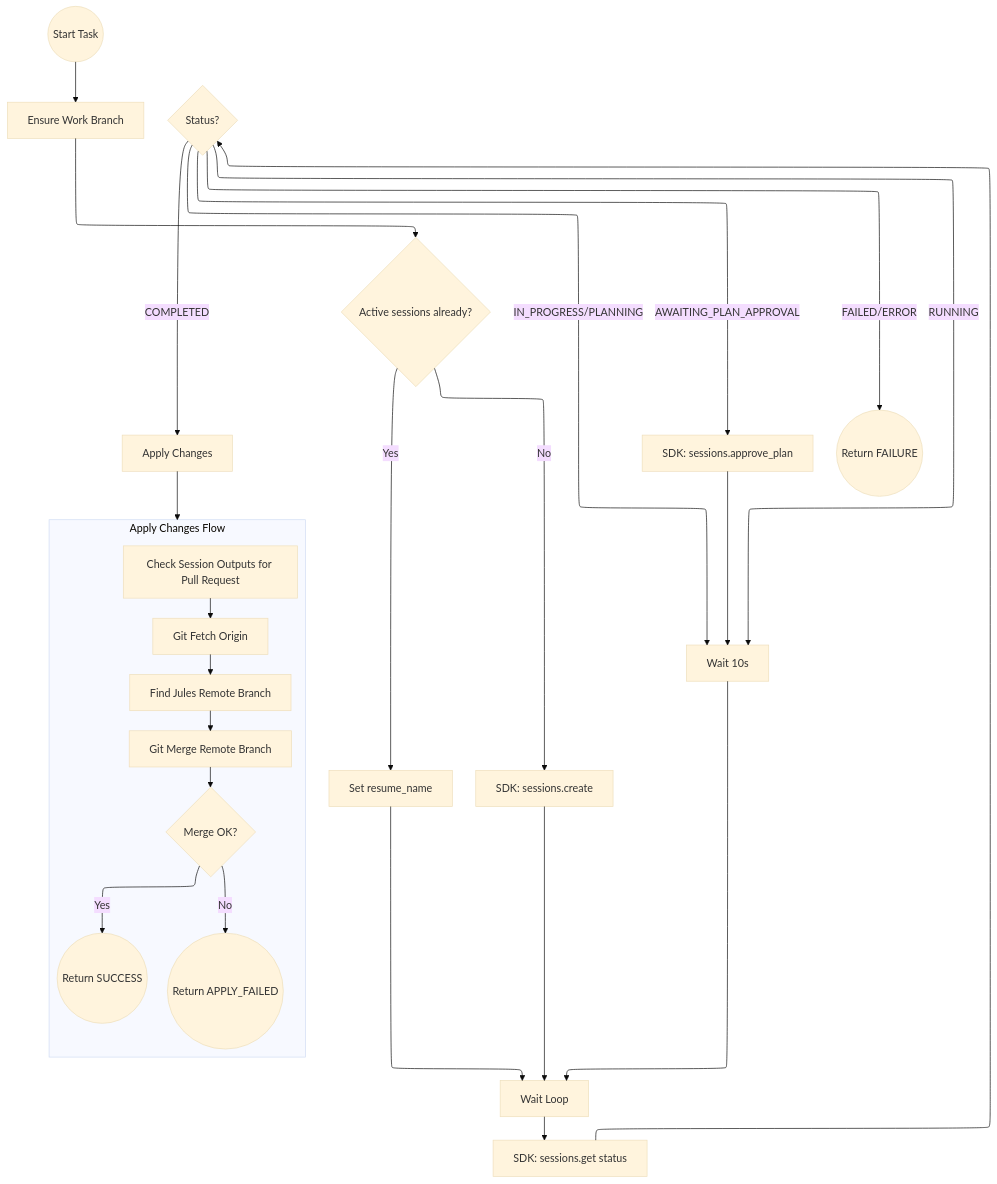
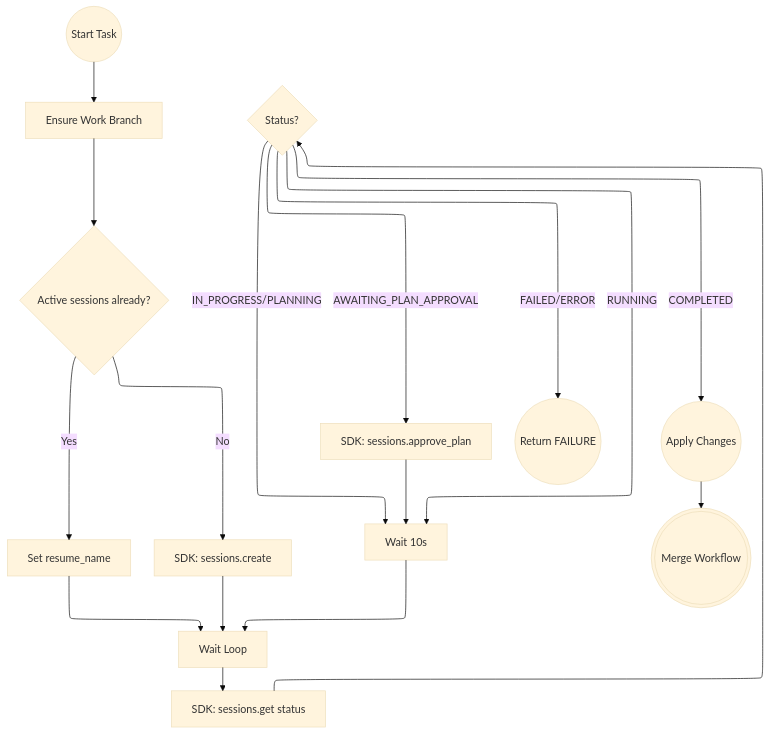
Before and after one commit to JonathanHarford/verne_durand: the second of 3 diagrams in README.md, drawn with Mermaid (base theme). The commit also changed other lines of this file, not shown here.

First line of the commit message:
Fix logic errors in README flow diagram

````diff
--- a/README.md
+++ b/README.md
@@ -59,40 +64,31 @@
 ```mermaid
 ---
 config:
   layout: elk
 ---
 flowchart TD
     Entry((Start Task)) --> EnsureBranch[Ensure Work Branch]
     EnsureBranch --> CheckExisting{Active sessions already?}
 
     CheckExisting -- Yes --> UseExisting[Set resume_name]
     CheckExisting -- No --> StartNew[SDK: sessions.create]
 
     UseExisting --> WaitLoop
     StartNew --> WaitLoop[Wait Loop]
 
     WaitLoop --> Poll[SDK: sessions.get status]
     Poll --> Status{Status?}
 
     Status -- AWAITING_PLAN_APPROVAL --> Approve[SDK: sessions.approve_plan]
     Approve --> WaitWait
 
     Status -- IN_PROGRESS/PLANNING --> WaitWait[Wait 10s]
     WaitWait --> WaitLoop
 
     Status -- RUNNING --> WaitWait
 
     Status -- FAILED/ERROR --> ReturnFail((Return FAILURE))
-    Status -- COMPLETED --> ApplyChanges[Apply Changes]
+    Status -- COMPLETED --> ApplyChanges((Apply Changes))
 
-    subgraph MergeWorkflow [Apply Changes Flow]
-        direction TB
-        CheckOutputs[Check Session Outputs for Pull Request] --> Fetch[Git Fetch Origin]
-        Fetch --> FindBranch[Find Jules Remote Branch]
-        FindBranch --> Merge[Git Merge Remote Branch]
-        Merge --> MergeSuccess{Merge OK?}
-        MergeSuccess -- Yes --> ReturnSuccess((Return SUCCESS))
-        MergeSuccess -- No --> ReturnApplyFail((Return APPLY_FAILED))
-    end
-    ApplyChanges --> MergeWorkflow
+    ApplyChanges --> MergeWorkflow(((Merge Workflow)))
 ```
````
